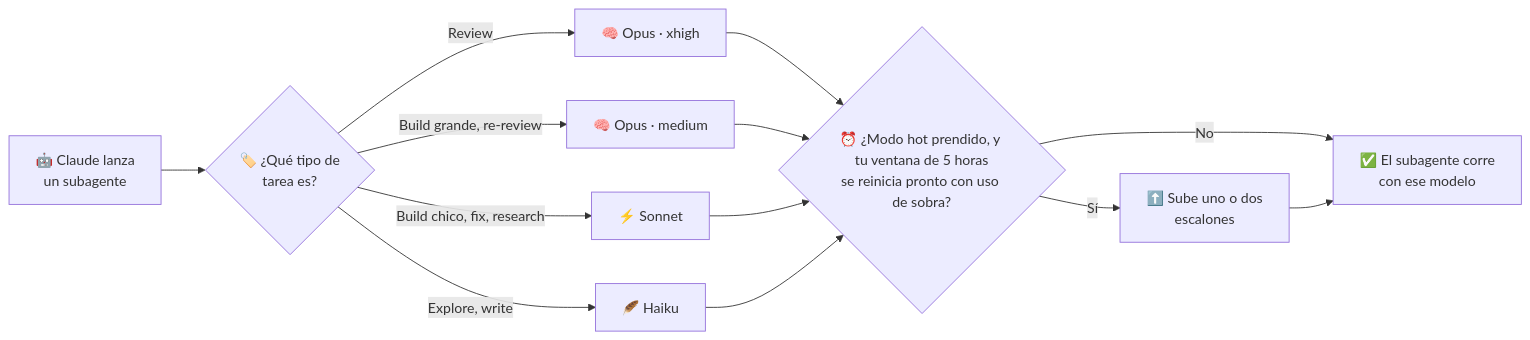
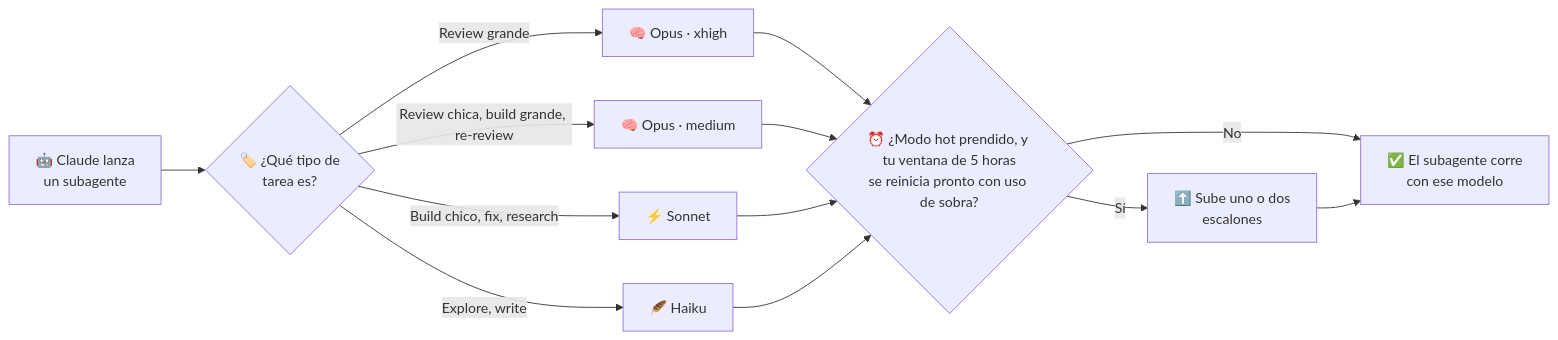
The diagram in README.es.md (CiroVilmer/jev-agent-router), drawn with Mermaid before and after one commit. The commit also changed other lines of this file and 1 other file, not shown here.

Commit message:
docs(readme): review-large and review-small in task routing

````diff
--- a/README.es.md
+++ b/README.es.md
@@ -214,12 +219,12 @@
 ```mermaid
 flowchart LR
     A["🤖 Claude lanza<br/>un subagente"] --> B{"🏷️ ¿Qué tipo de<br/>tarea es?"}
-    B -->|"Review"| C["🧠 Opus · xhigh"]
-    B -->|"Build grande, re-review"| D["🧠 Opus · medium"]
+    B -->|"Review grande"| C["🧠 Opus · xhigh"]
+    B -->|"Review chica, build grande, re-review"| D["🧠 Opus · medium"]
     B -->|"Build chico, fix, research"| E["⚡ Sonnet"]
     B -->|"Explore, write"| F["🪶 Haiku"]
     C & D & E & F --> G{"⏰ ¿Modo hot prendido, y tu ventana de 5 horas<br/>se reinicia pronto con uso de sobra?"}
     G -->|"Sí"| H["⬆️ Sube uno o dos<br/>escalones"]
     G -->|"No"| I["✅ El subagente corre<br/>con ese modelo"]
     H --> I
 ```
````
